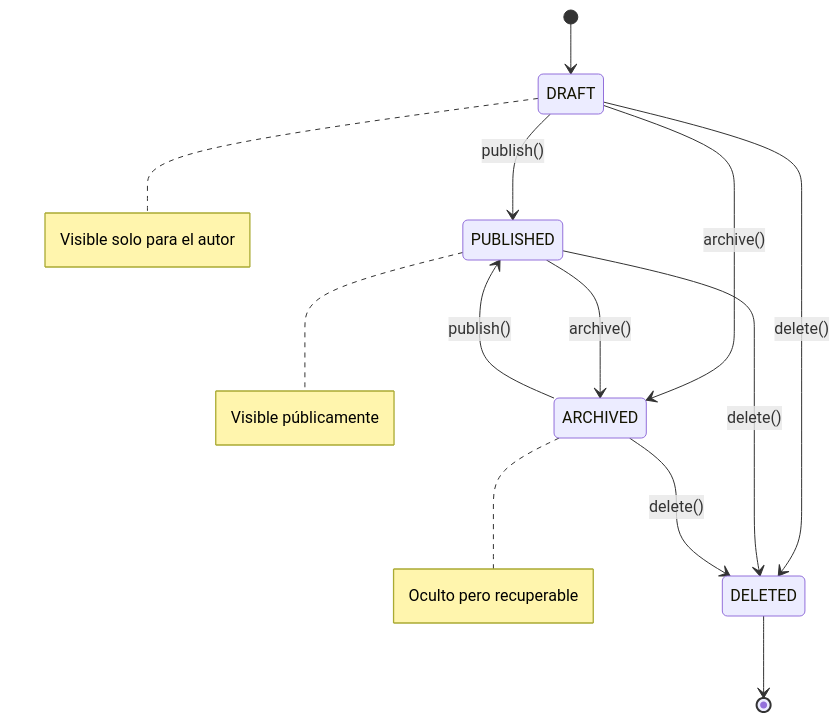
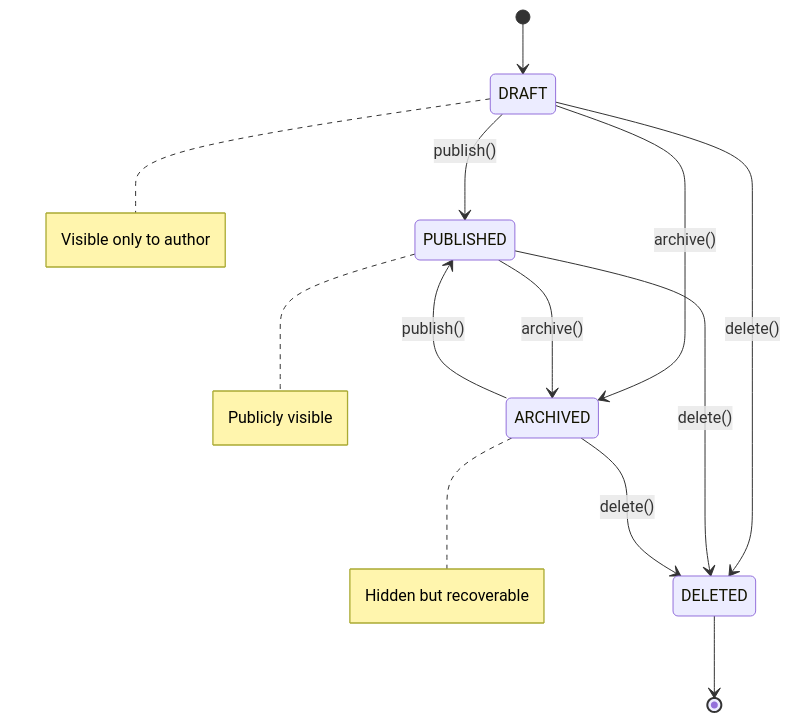
Before and after one commit to JesusLuna2309/polyglotCloud: the fifth of 5 diagrams in README.md, drawn with Mermaid. The commit also changed other lines of this file, not shown here.

Commit message:
feat: Traducir el README.md al inglés y actualizar secciones para mayor claridad

````diff
--- a/README.md
+++ b/README.md
@@ -305,27 +305,27 @@
 ```mermaid
 stateDiagram-v2
     [*] --> DRAFT
     DRAFT --> PUBLISHED : publish()
     DRAFT --> ARCHIVED : archive()
     DRAFT --> DELETED : delete()
     
     PUBLISHED --> ARCHIVED : archive()
     PUBLISHED --> DELETED : delete()
     
     ARCHIVED --> PUBLISHED : publish()
     ARCHIVED --> DELETED : delete()
     
     DELETED --> [*]
     
     note right of DRAFT
-        Visible solo para el autor
+        Visible only to author
     end note
     
     note right of PUBLISHED
-        Visible públicamente
+        Publicly visible
     end note
     
     note right of ARCHIVED
-        Oculto pero recuperable
+        Hidden but recoverable
     end note
 ```
````
